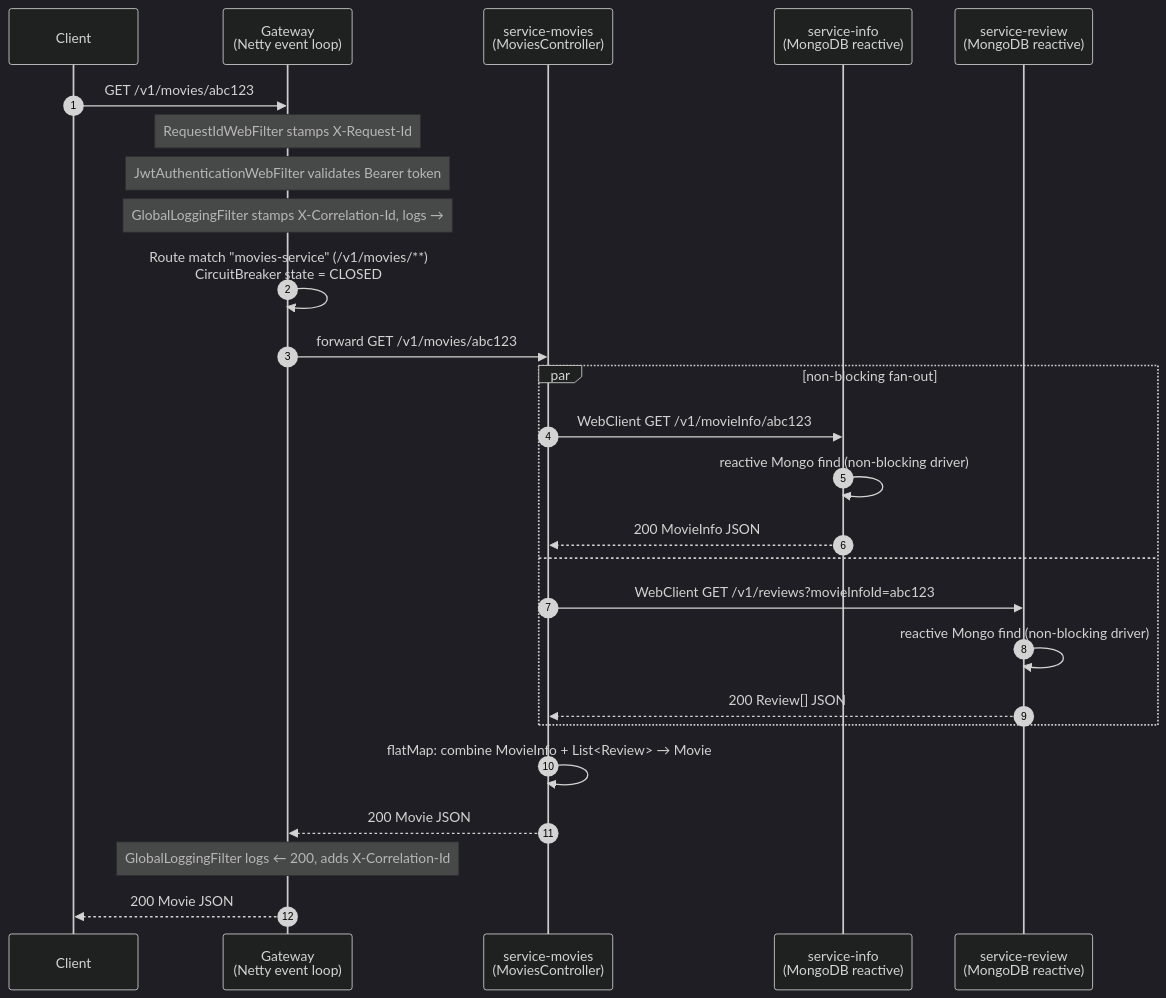
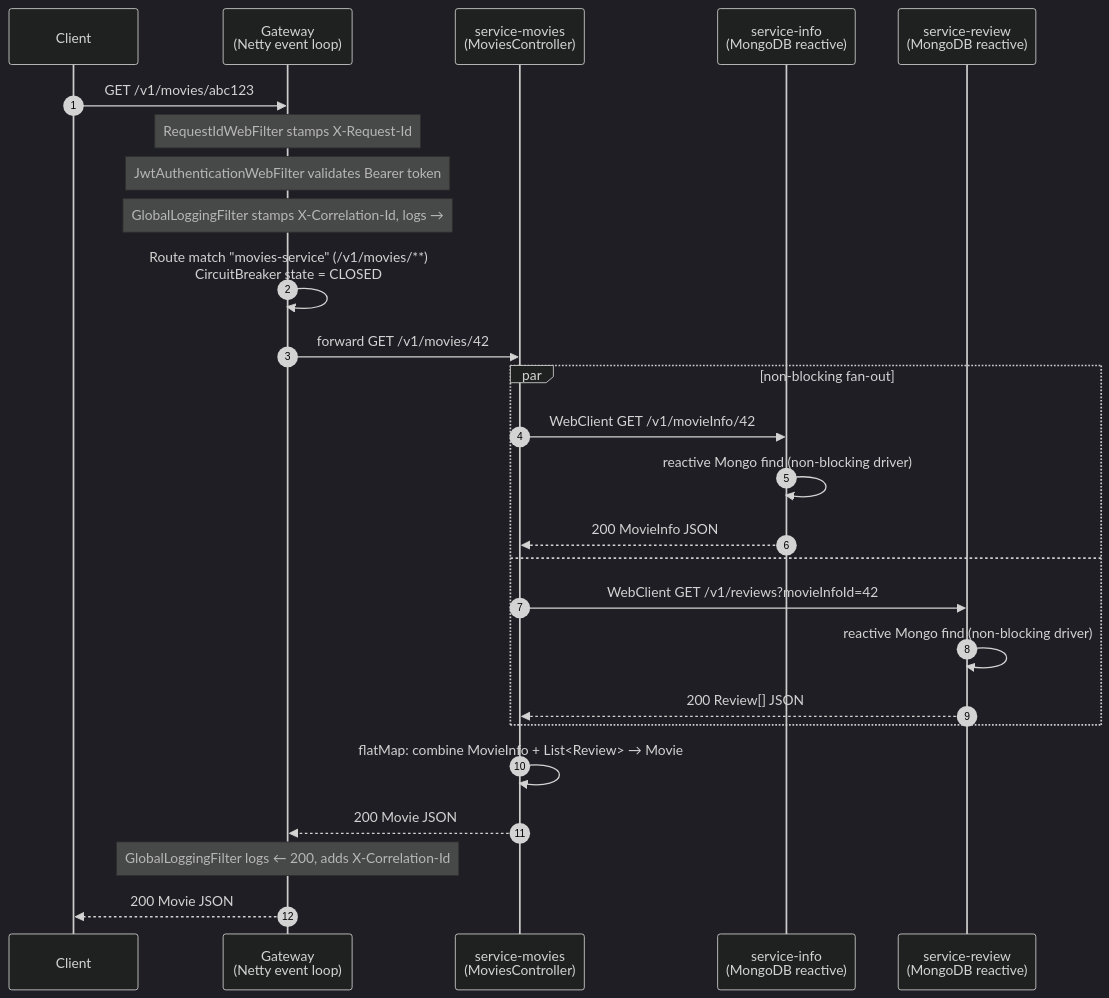
Before and after one commit to himnay/learning-reactive: the third of 7 diagrams in README.md, drawn with Mermaid (dark theme). The commit also changed other lines of this file and 2 other files, not shown here.

````diff
--- a/README.md
+++ b/README.md
@@ -343,29 +343,29 @@
 ```mermaid
 sequenceDiagram
     autonumber
     participant C as Client
     participant GW as Gateway<br/>(Netty event loop)
     participant MV as service-movies<br/>(MoviesController)
     participant INFO as service-info<br/>(MongoDB reactive)
     participant REV as service-review<br/>(MongoDB reactive)
 
     C->>GW: GET /v1/movies/abc123
     Note over GW: RequestIdWebFilter stamps X-Request-Id
     Note over GW: JwtAuthenticationWebFilter validates Bearer token
     Note over GW: GlobalLoggingFilter stamps X-Correlation-Id, logs →
     GW->>GW: Route match "movies-service" (/v1/movies/**)<br/>CircuitBreaker state = CLOSED
-    GW->>MV: forward GET /v1/movies/abc123
+    GW->>MV: forward GET /v1/movies/42
     par non-blocking fan-out
-        MV->>INFO: WebClient GET /v1/movieInfo/abc123
+        MV->>INFO: WebClient GET /v1/movieInfo/42
         INFO->>INFO: reactive Mongo find (non-blocking driver)
         INFO-->>MV: 200 MovieInfo JSON
     and
-        MV->>REV: WebClient GET /v1/reviews?movieInfoId=abc123
+        MV->>REV: WebClient GET /v1/reviews?movieInfoId=42
         REV->>REV: reactive Mongo find (non-blocking driver)
         REV-->>MV: 200 Review[] JSON
     end
     MV->>MV: flatMap: combine MovieInfo + List#lt;Review#gt; → Movie
     MV-->>GW: 200 Movie JSON
     Note over GW: GlobalLoggingFilter logs ← 200, adds X-Correlation-Id
     GW-->>C: 200 Movie JSON
 ```
````
